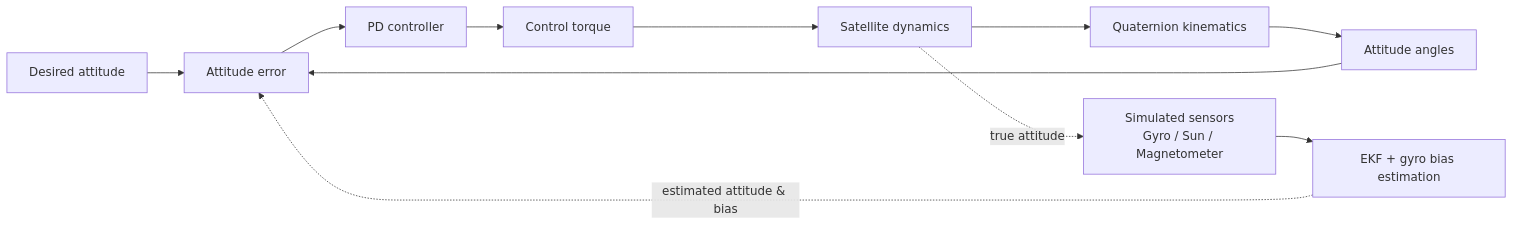
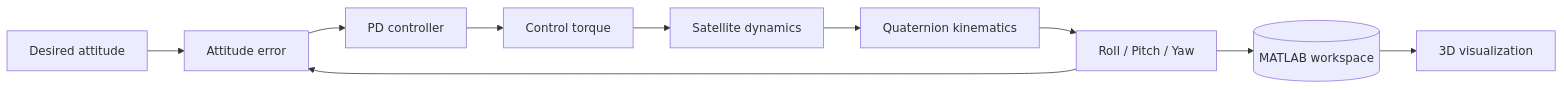
Before and after one commit to abderraoufbrada/Attitude-control-for-satallite: the diagram in README.md, drawn with Mermaid. The commit also changed other lines of this file, not shown here.

````diff
--- a/README.md
+++ b/README.md
@@ -27,13 +28,12 @@
 ```mermaid
 flowchart LR
     D[Desired attitude] --> E[Attitude error]
     E --> C[PD controller]
     C --> T[Control torque]
     T --> S[Satellite dynamics]
     S --> K[Quaternion kinematics]
-    K --> A[Attitude angles]
+    K --> A[Roll / Pitch / Yaw]
     A --> E
-    S -. true attitude .-> M[Simulated sensors<br/>Gyro / Sun / Magnetometer]
-    M --> F[EKF + gyro bias estimation]
-    F -. estimated attitude & bias .-> E
+    A --> W[(MATLAB workspace)]
+    W --> V[3D visualization]
 ```
````
